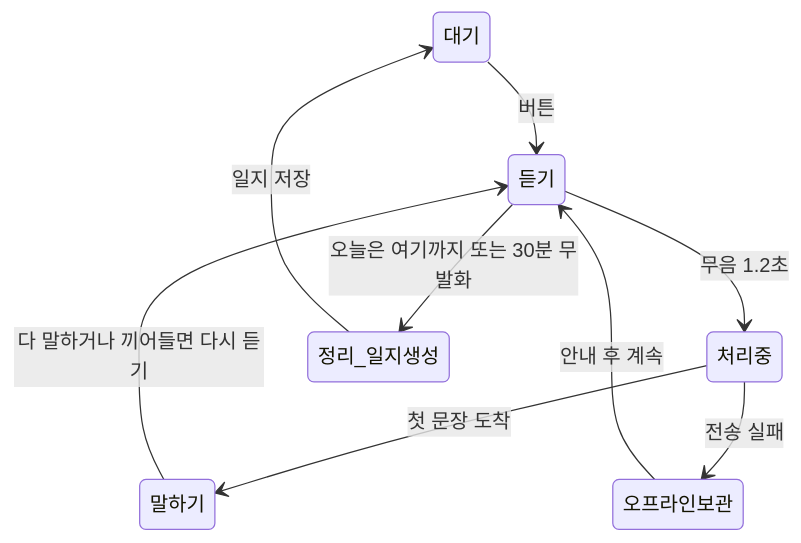
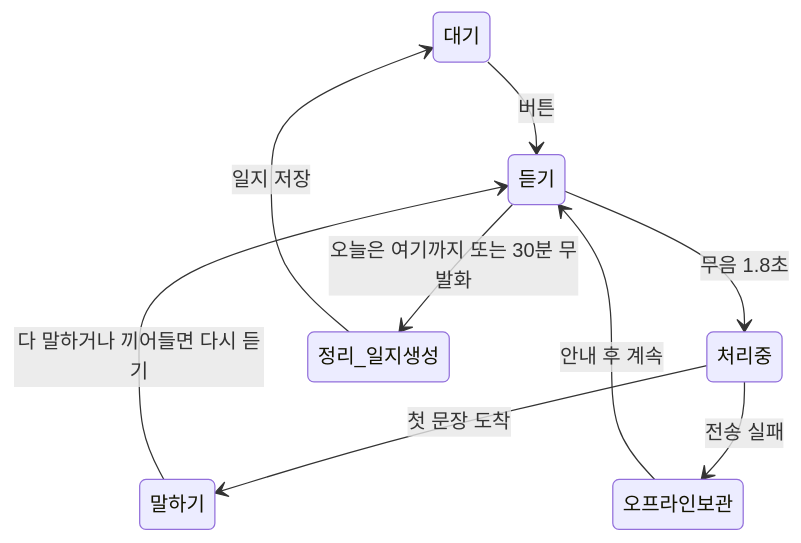
Before and after one commit to kangsuek/TrailTalk: the second of 2 diagrams in docs/requirements-design.md, drawn with Mermaid. The commit also changed other lines of this file and 9 other files, not shown here.

````diff
--- a/docs/requirements-design.md
+++ b/docs/requirements-design.md
@@ -130,11 +130,11 @@
 ```mermaid
 stateDiagram-v2
   대기 --> 듣기: 버튼
-  듣기 --> 처리중: 무음 1.2초
+  듣기 --> 처리중: 무음 1.8초
   처리중 --> 말하기: 첫 문장 도착
   말하기 --> 듣기: 다 말하거나 끼어들면 다시 듣기
   처리중 --> 오프라인보관: 전송 실패
   오프라인보관 --> 듣기: 안내 후 계속
   듣기 --> 정리_일지생성: 오늘은 여기까지 또는 30분 무발화
   정리_일지생성 --> 대기: 일지 저장
 ```
````
